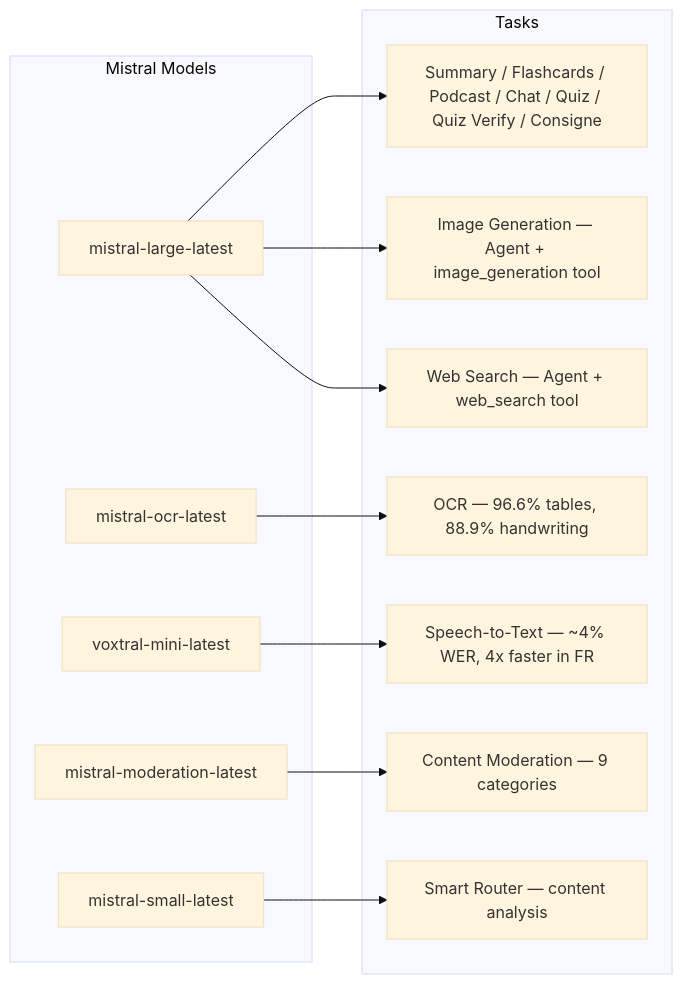
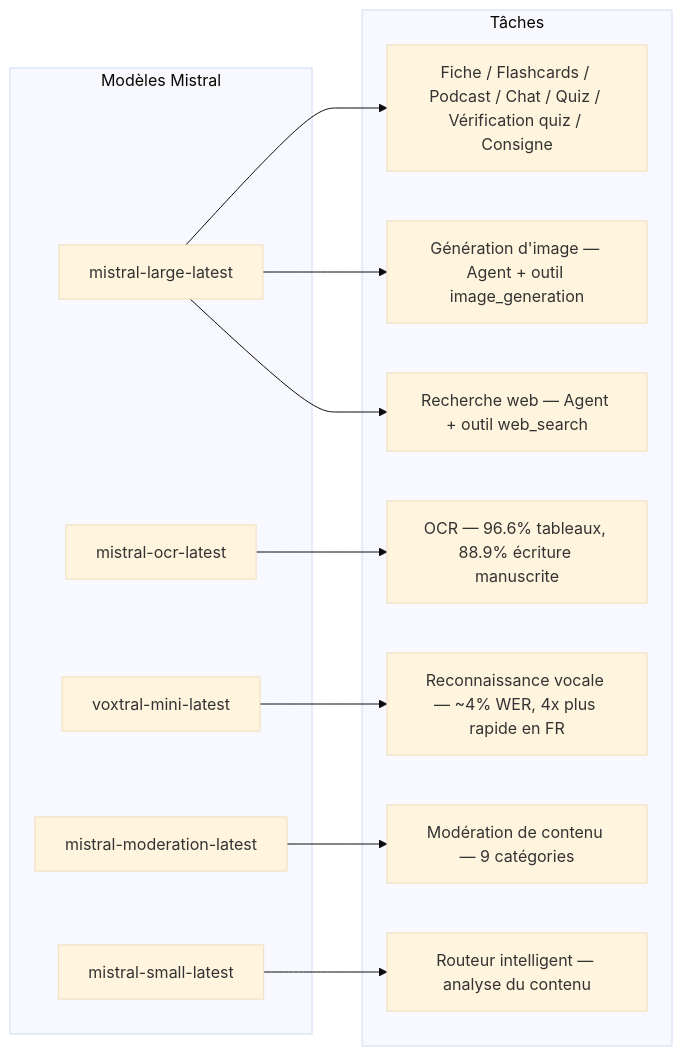
Before and after one commit to jls42/EurekAI: the second of 3 diagrams in README.md, drawn with Mermaid (base theme). The commit also changed other lines of this file and 15 other files, not shown here.

````diff
--- a/README.md
+++ b/README.md
@@ -102,28 +102,28 @@
 ```mermaid
 flowchart LR
-    subgraph "Mistral Models"
+    subgraph "Modèles Mistral"
         ML["mistral-large-latest"]
         MO["mistral-ocr-latest"]
         MV["voxtral-mini-latest"]
         MMod["mistral-moderation-latest"]
         MS["mistral-small-latest"]
     end
 
-    subgraph "Tasks"
-        T1["Summary / Flashcards / Podcast / Chat / Quiz / Quiz Verify / Consigne"]
-        T2["OCR — 96.6% tables, 88.9% handwriting"]
-        T3["Speech-to-Text — ~4% WER, 4x faster in FR"]
-        T4["Content Moderation — 9 categories"]
-        T5["Smart Router — content analysis"]
-        T6["Image Generation — Agent + image_generation tool"]
-        T7["Web Search — Agent + web_search tool"]
+    subgraph "Tâches"
+        T1["Fiche / Flashcards / Podcast / Chat / Quiz / Vérification quiz / Consigne"]
+        T2["OCR — 96.6% tableaux, 88.9% écriture manuscrite"]
+        T3["Reconnaissance vocale — ~4% WER, 4x plus rapide en FR"]
+        T4["Modération de contenu — 9 catégories"]
+        T5["Routeur intelligent — analyse du contenu"]
+        T6["Génération d'image — Agent + outil image_generation"]
+        T7["Recherche web — Agent + outil web_search"]
     end
 
     ML --> T1
     MO --> T2
     MV --> T3
     MMod --> T4
     MS --> T5
     ML --> T6
     ML --> T7
 ```
````
